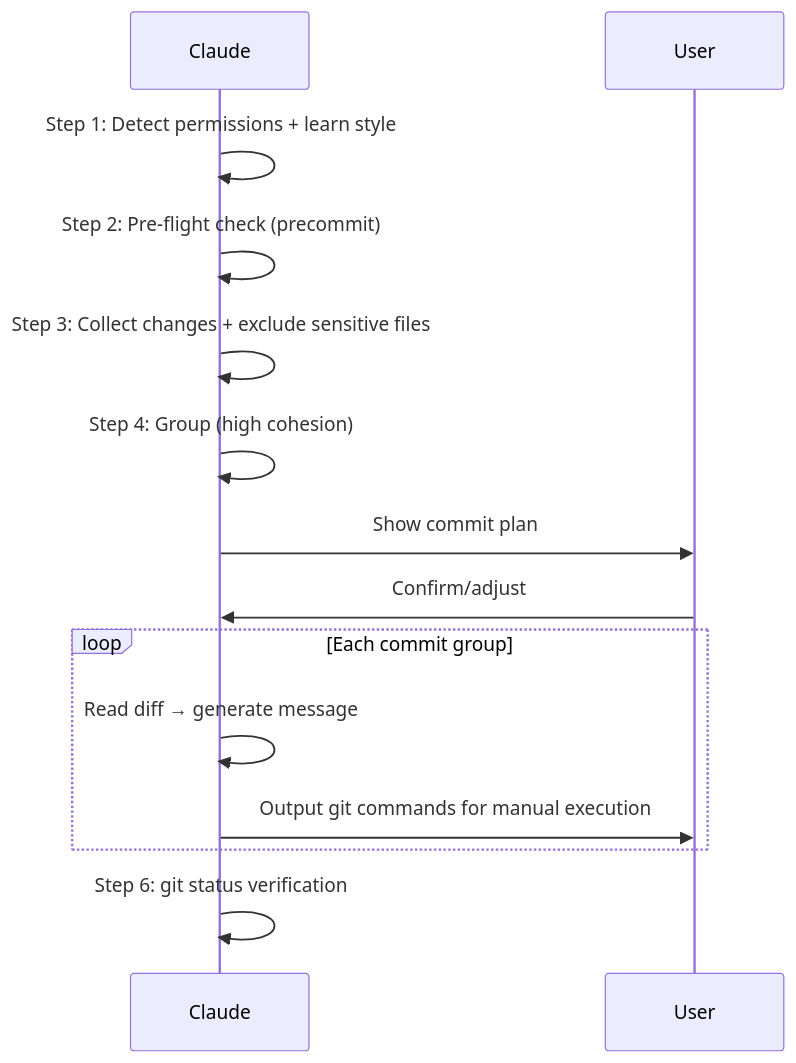
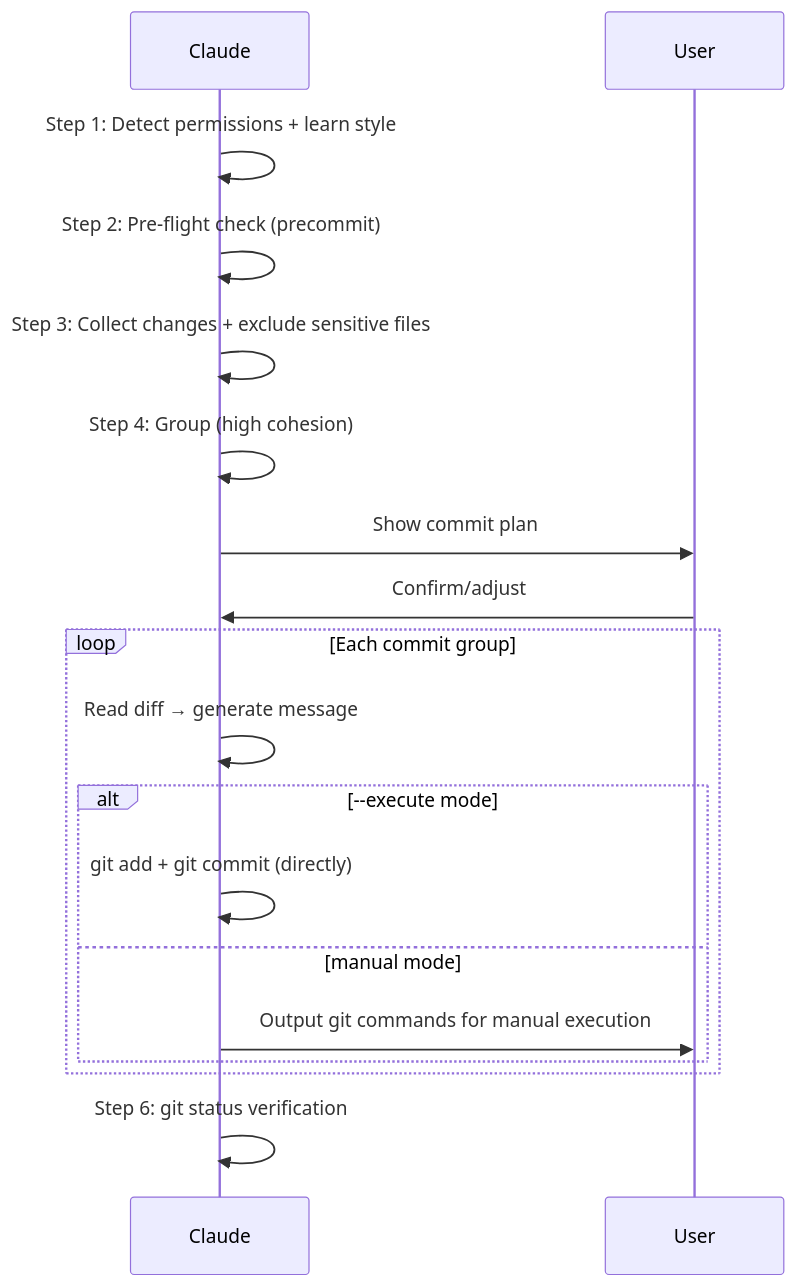
One commit to jupiter-Pulin/Uranus-dev-flow changed the diagram in skills/smart-commit/SKILL.md. Above: the diagram before and after it, drawn with Mermaid. The commit also changed other lines of this file and 12 other files, not shown here.

Commit message:
feat: Adds push-ci skill and smart-commit --execute mode

````diff
--- a/skills/smart-commit/SKILL.md
+++ b/skills/smart-commit/SKILL.md
@@ -13,16 +13,20 @@
 ```mermaid
 sequenceDiagram
     participant C as Claude
     participant U as User
     C->>C: Step 1: Detect permissions + learn style
     C->>C: Step 2: Pre-flight check (precommit)
     C->>C: Step 3: Collect changes + exclude sensitive files
     C->>C: Step 4: Group (high cohesion)
     C->>U: Show commit plan
     U->>C: Confirm/adjust
     loop Each commit group
         C->>C: Read diff → generate message
-        C->>U: Output git commands for manual execution
+        alt --execute mode
+            C->>C: git add + git commit (directly)
+        else manual mode
+            C->>U: Output git commands for manual execution
+        end
     end
     C->>C: Step 6: git status verification
 ```
````
